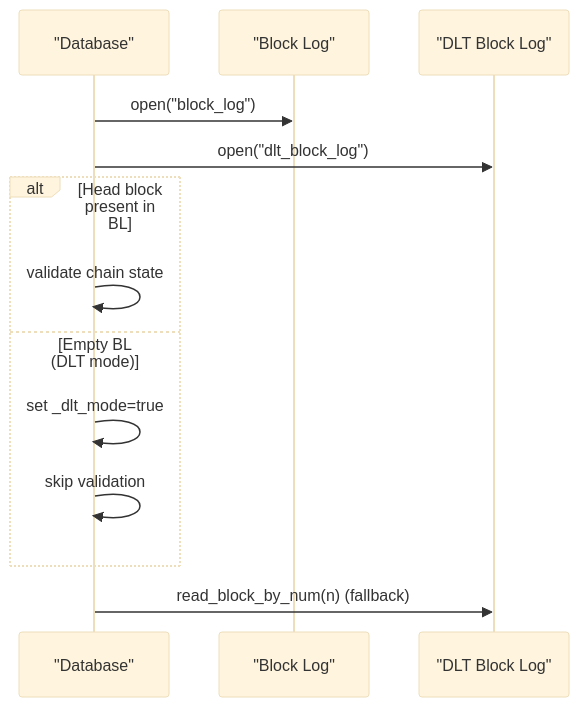
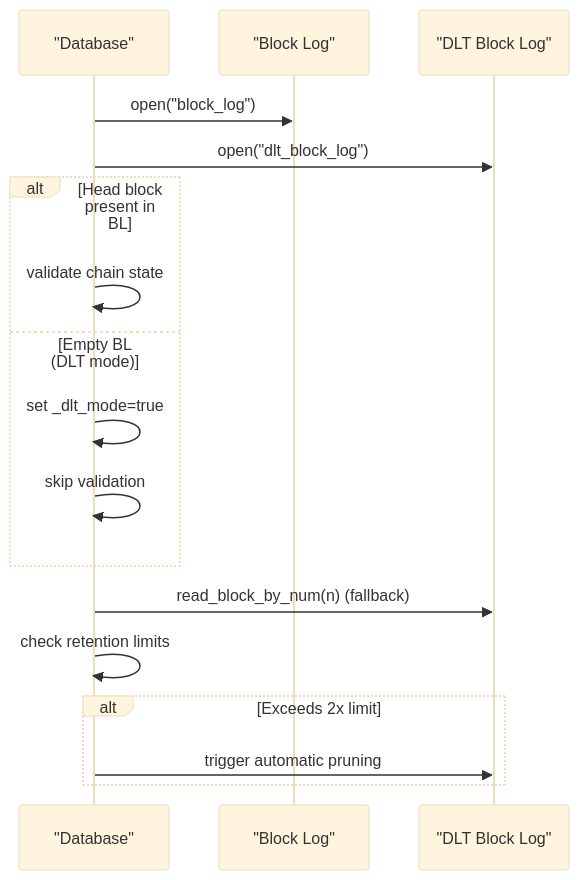
One commit to VIZ-Blockchain/viz-cpp-node changed the seventh of 8 diagrams in .qoder/repowiki/en/content/Architecture Overview/Core Libraries/Chain Library/Database Management/DLT Rolling Block Log.md. Above: the diagram before and after it, drawn with Mermaid (base theme). The commit also changed other lines of this file and 4 other files, not shown here.

````diff
--- a/.qoder/repowiki/en/content/Architecture Overview/Core Libraries/Chain Library/Database Management/DLT Rolling Block Log.md
+++ b/.qoder/repowiki/en/content/Architecture Overview/Core Libraries/Chain Library/Database Management/DLT Rolling Block Log.md
@@ -229,15 +249,19 @@
 ```mermaid
 sequenceDiagram
 participant DB as "Database"
 participant BL as "Block Log"
 participant DLT as "DLT Block Log"
 DB->>BL : open("block_log")
 DB->>DLT : open("dlt_block_log")
 alt Head block present in BL
 DB->>DB : validate chain state
 else Empty BL (DLT mode)
 DB->>DB : set _dlt_mode=true
 DB->>DB : skip validation
 end
 DB->>DLT : read_block_by_num(n) (fallback)
+DB->>DB : check retention limits
+alt Exceeds 2x limit
+DB->>DLT : trigger automatic pruning
+end
 ```
````
